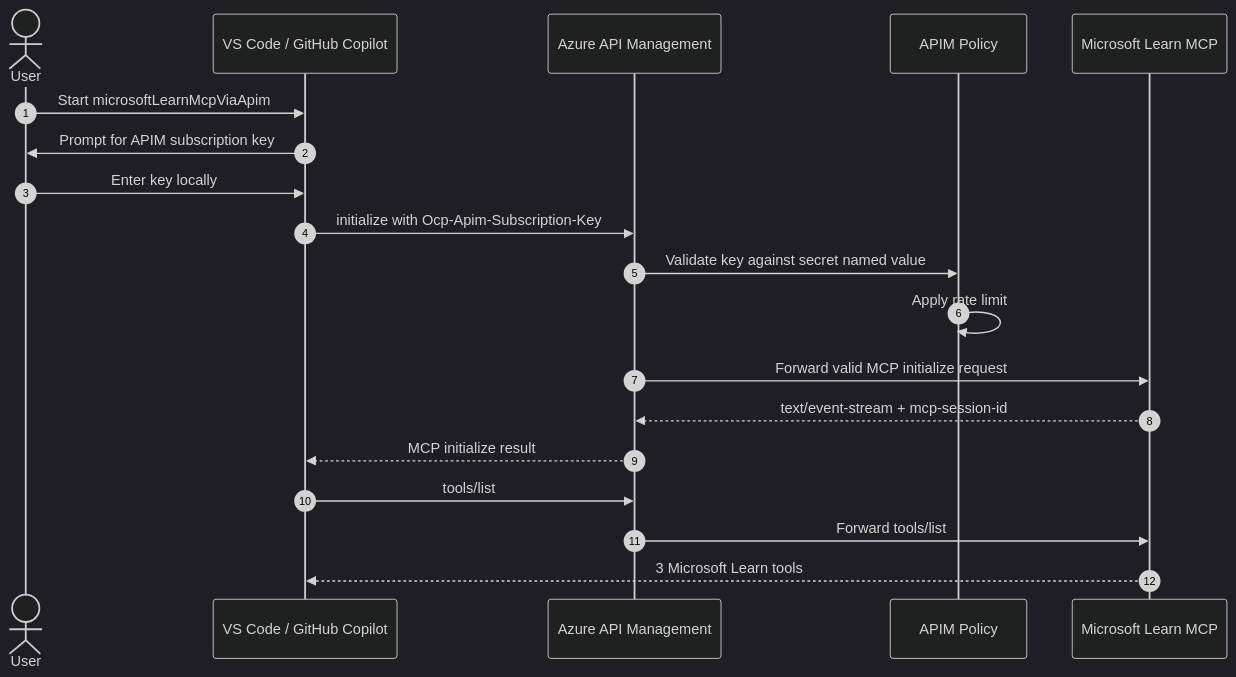
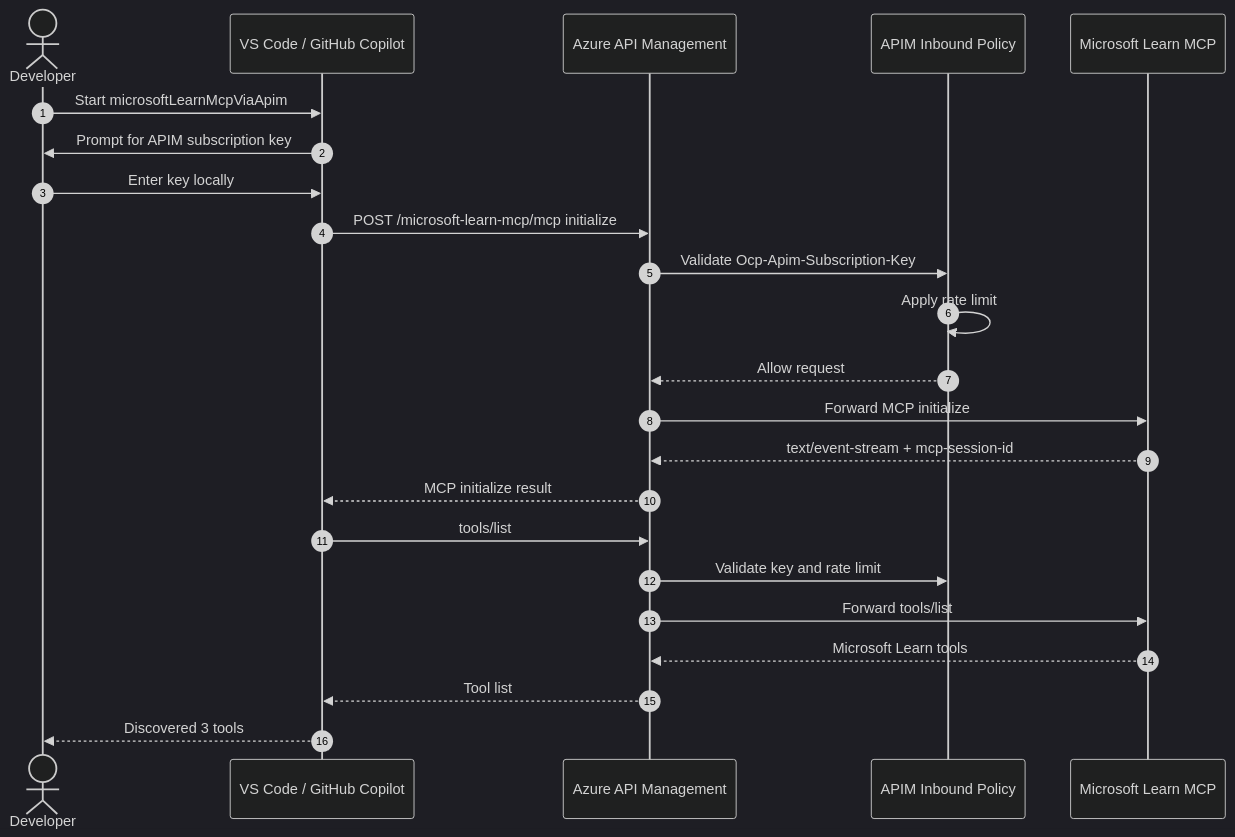
The third of 4 diagrams in README.md (KareemKuenne/azure-mcp-platform), drawn with Mermaid (dark theme) before and after one commit. The commit also changed other lines of this file and 4 other files, not shown here.

````diff
--- a/README.md
+++ b/README.md
@@ -90,22 +167,26 @@
 ```mermaid
 sequenceDiagram
   autonumber
-  actor User
+  actor Developer
   participant VSCode as VS Code / GitHub Copilot
   participant APIM as Azure API Management
-  participant Policy as APIM Policy
+  participant Policy as APIM Inbound Policy
   participant Learn as Microsoft Learn MCP
 
-  User->>VSCode: Start microsoftLearnMcpViaApim
-  VSCode->>User: Prompt for APIM subscription key
-  User->>VSCode: Enter key locally
-  VSCode->>APIM: initialize with Ocp-Apim-Subscription-Key
-  APIM->>Policy: Validate key against secret named value
+  Developer->>VSCode: Start microsoftLearnMcpViaApim
+  VSCode->>Developer: Prompt for APIM subscription key
+  Developer->>VSCode: Enter key locally
+  VSCode->>APIM: POST /microsoft-learn-mcp/mcp initialize
+  APIM->>Policy: Validate Ocp-Apim-Subscription-Key
   Policy->>Policy: Apply rate limit
-  APIM->>Learn: Forward valid MCP initialize request
+  Policy-->>APIM: Allow request
+  APIM->>Learn: Forward MCP initialize
   Learn-->>APIM: text/event-stream + mcp-session-id
   APIM-->>VSCode: MCP initialize result
   VSCode->>APIM: tools/list
+  APIM->>Policy: Validate key and rate limit
   APIM->>Learn: Forward tools/list
-  Learn-->>VSCode: 3 Microsoft Learn tools
+  Learn-->>APIM: Microsoft Learn tools
+  APIM-->>VSCode: Tool list
+  VSCode-->>Developer: Discovered 3 tools
 ```
````
